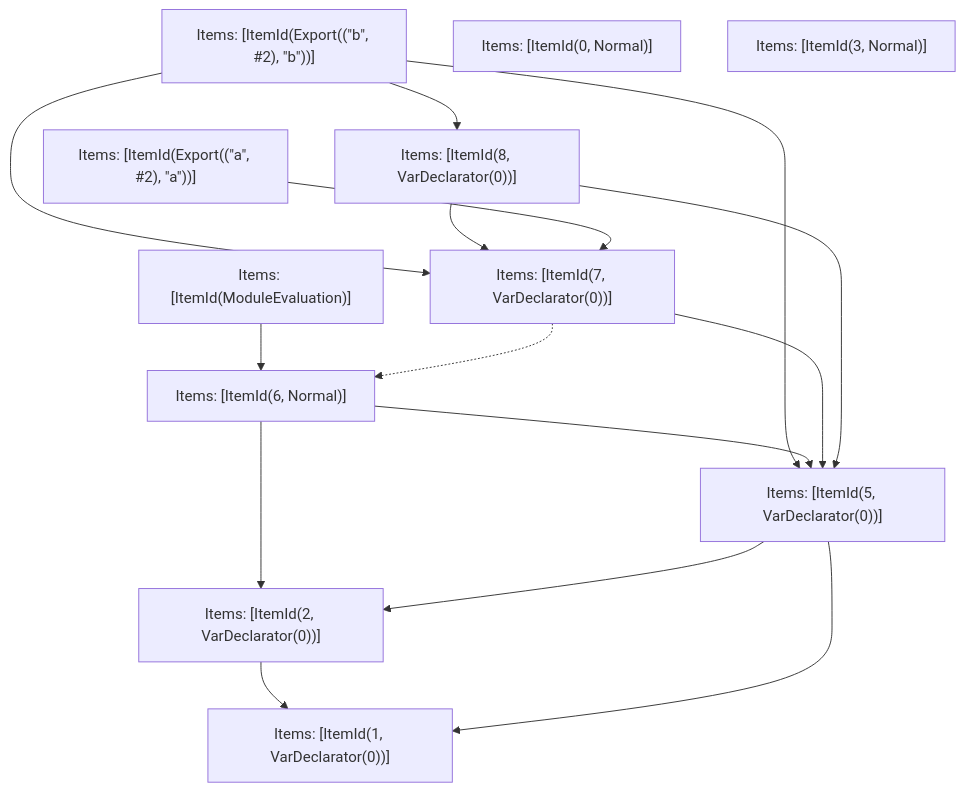
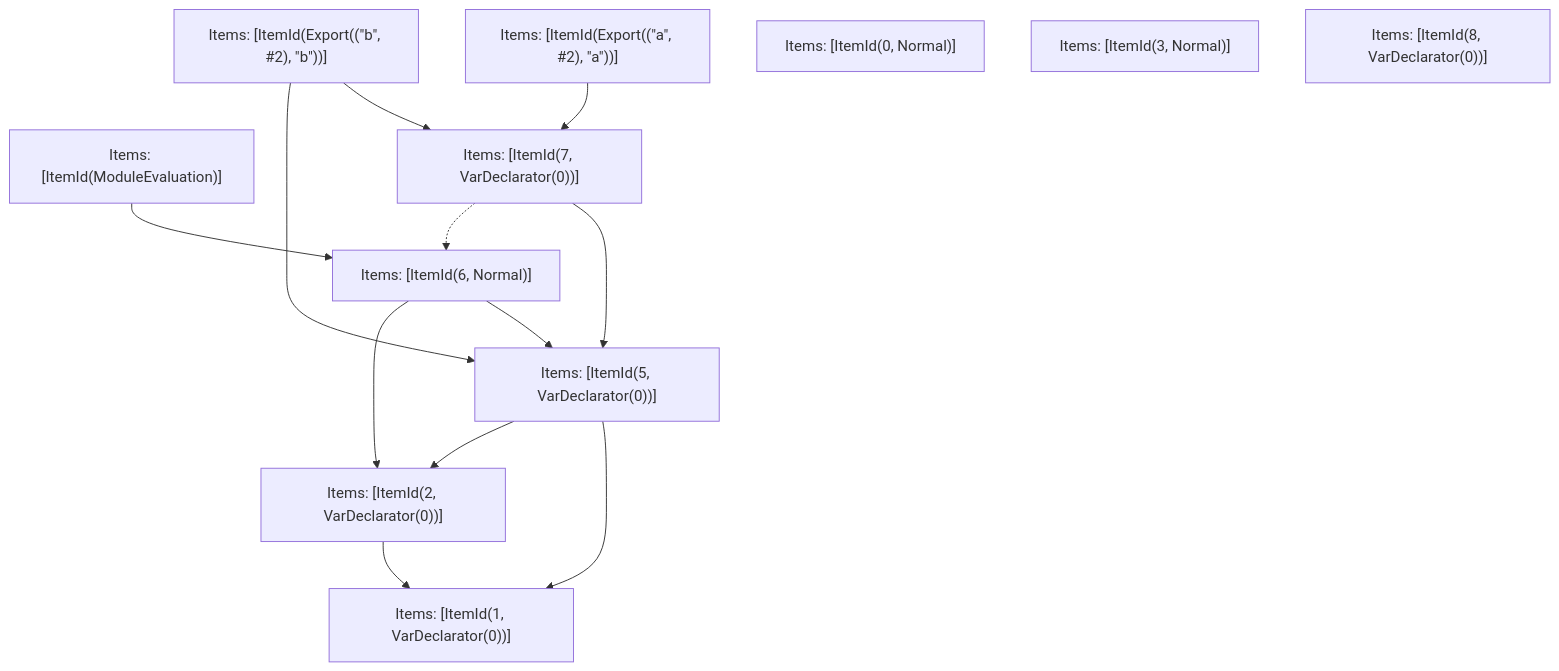
The fifth of 5 diagrams in turbopack/crates/turbopack-ecmascript/tests/tree-shaker/analyzer/shared-and-side-effects/output.md (Sonar-UX-Testing-FreePlan/next.js), drawn with Mermaid before and after one commit. The commit also changed other lines of this file and 30 other files, not shown here.

````diff
--- a/turbopack/crates/turbopack-ecmascript/tests/tree-shaker/analyzer/shared-and-side-effects/output.md
+++ b/turbopack/crates/turbopack-ecmascript/tests/tree-shaker/analyzer/shared-and-side-effects/output.md
@@ -227,28 +227,25 @@
 ```mermaid
 graph TD
     N0["Items: [ItemId(ModuleEvaluation)]"];
     N1["Items: [ItemId(Export((&quot;a&quot;, #2), &quot;a&quot;))]"];
     N2["Items: [ItemId(Export((&quot;b&quot;, #2), &quot;b&quot;))]"];
     N3["Items: [ItemId(1, VarDeclarator(0))]"];
     N4["Items: [ItemId(2, VarDeclarator(0))]"];
     N5["Items: [ItemId(5, VarDeclarator(0))]"];
     N6["Items: [ItemId(6, Normal)]"];
     N7["Items: [ItemId(7, VarDeclarator(0))]"];
-    N8["Items: [ItemId(8, VarDeclarator(0))]"];
-    N9["Items: [ItemId(0, Normal)]"];
-    N10["Items: [ItemId(3, Normal)]"];
-    N2 --> N5;
+    N8["Items: [ItemId(0, Normal)]"];
+    N9["Items: [ItemId(3, Normal)]"];
+    N10["Items: [ItemId(8, VarDeclarator(0))]"];
+    N1 --> N7;
     N4 --> N3;
-    N6 --> N4;
+    N0 --> N6;
     N5 --> N3;
     N5 --> N4;
     N2 --> N7;
     N6 --> N5;
-    N0 --> N6;
+    N6 --> N4;
     N7 --> N5;
     N7 -.-> N6;
-    N8 --> N7;
-    N8 --> N5;
-    N1 --> N7;
-    N2 --> N8;
+    N2 --> N5;
 ```
````
